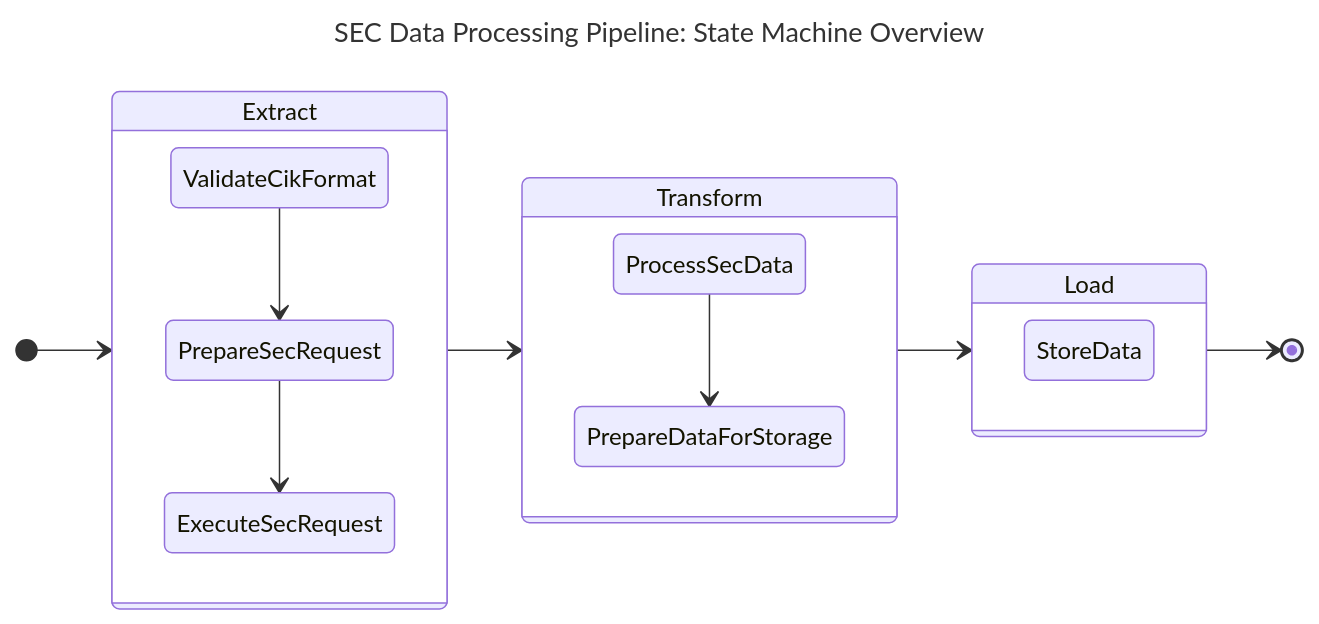
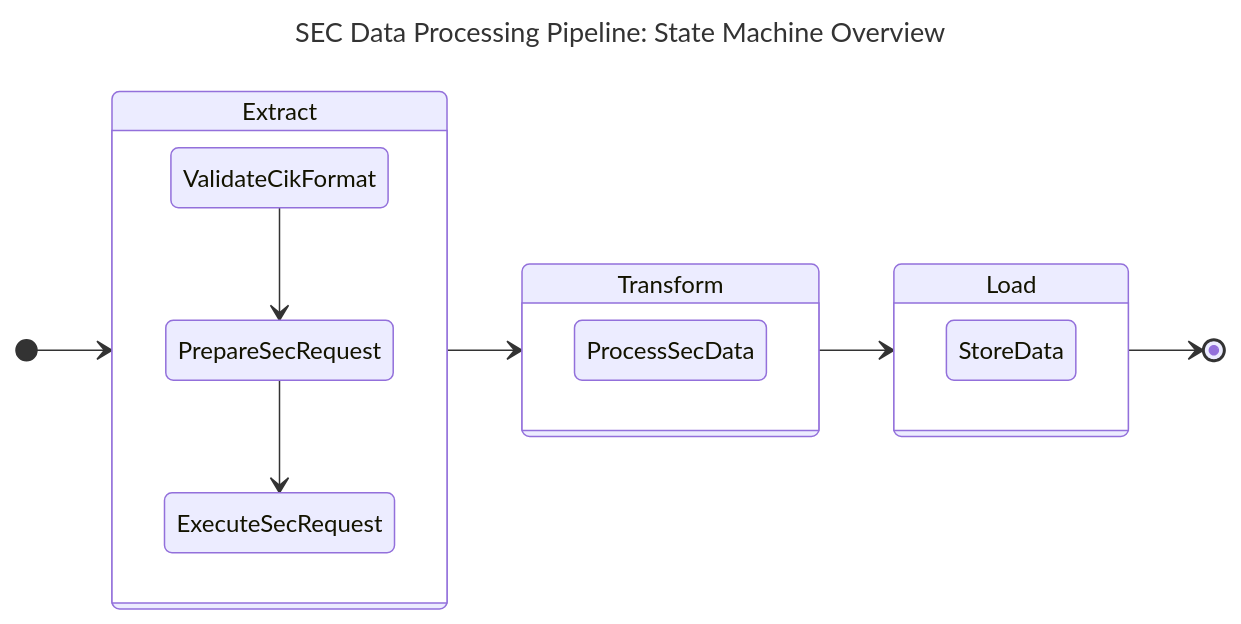
The diagram in sec/design/state_diagram/sec_state_machine.md (ironcapitaleu/arkad), drawn with Mermaid before and after one commit.

Commit message:
design: remove PrepareDataForStorage sub-state as it can be handled in the transition function from `Transform` to `Load`

````diff
--- a/sec/design/state_diagram/sec_state_machine.md
+++ b/sec/design/state_diagram/sec_state_machine.md
@@ -1,31 +1,31 @@
 ```mermaid
 ---
 title: "SEC Data Processing Pipeline: State Machine Overview"
 ---
 stateDiagram-v2
     %% Align all the SuperStates from left-to-right
     direction LR
 
     %% `Extract` SuperState
     [*] --> Extract
     state Extract {
         ValidateCikFormat --> PrepareSecRequest
         PrepareSecRequest --> ExecuteSecRequest
     }
 
     Extract --> Transform
 
     %% `Transform` SuperState
     state Transform {
-        ProcessSecData --> PrepareDataForStorage
+        ProcessSecData
     }
     
     Transform --> Load
 
     %% `Load` SuperState
     state Load {
         StoreData
     }
 
     Load --> [*]
 ```
````
